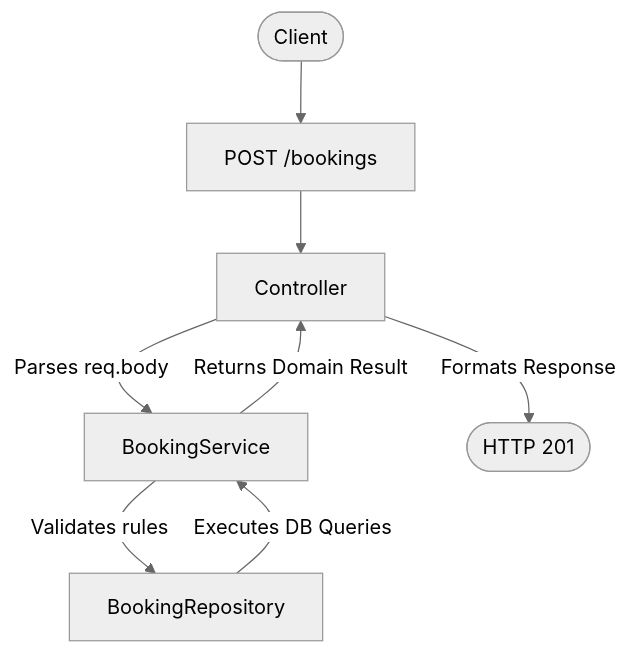
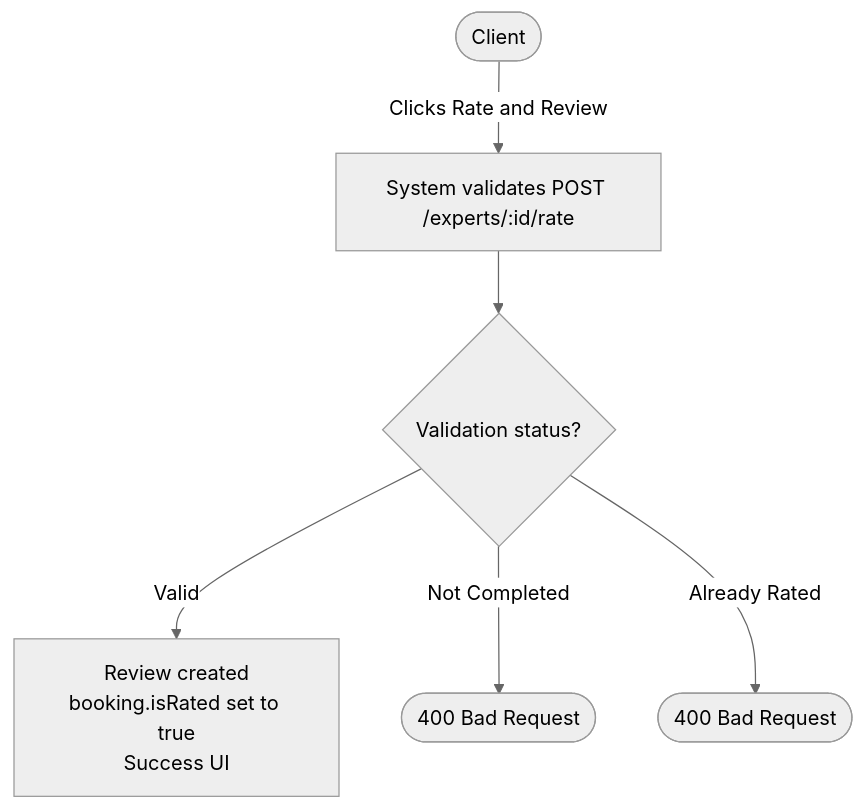
One commit to pradip9096/SkillSync changed the sixth of 29 diagrams in MASTER_SPEC.md. Above: the diagram before and after it, drawn with Mermaid (neutral theme). The commit also changed other lines of this file and 10 other files, not shown here.

````diff
--- a/MASTER_SPEC.md
+++ b/MASTER_SPEC.md
@@ -2922,10 +925,8 @@
 ```mermaid
 flowchart TD
-    A([Client]) --> B[POST /bookings]
-    B --> C[Controller]
-    C -->|Parses req.body| D[BookingService]
-    D -->|Validates rules| E[BookingRepository]
-    E -->|Executes DB Queries| D
-    D -->|Returns Domain Result| C
-    C -->|Formats Response| F([HTTP 201])
+    A(["Client"]) -->|Clicks Rate and Review| B["System validates POST /experts/:id/rate"]
+    B --> C{"Validation status?"}
+    C -->|Valid| D["Review created\nbooking.isRated set to true\nSuccess UI"]
+    C -->|Not Completed| E(["400 Bad Request"])
+    C -->|Already Rated| F(["400 Bad Request"])
 ```
````
